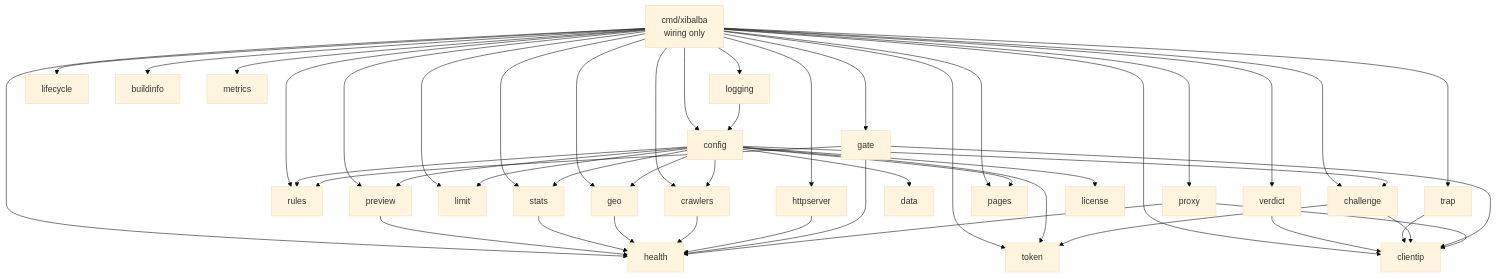
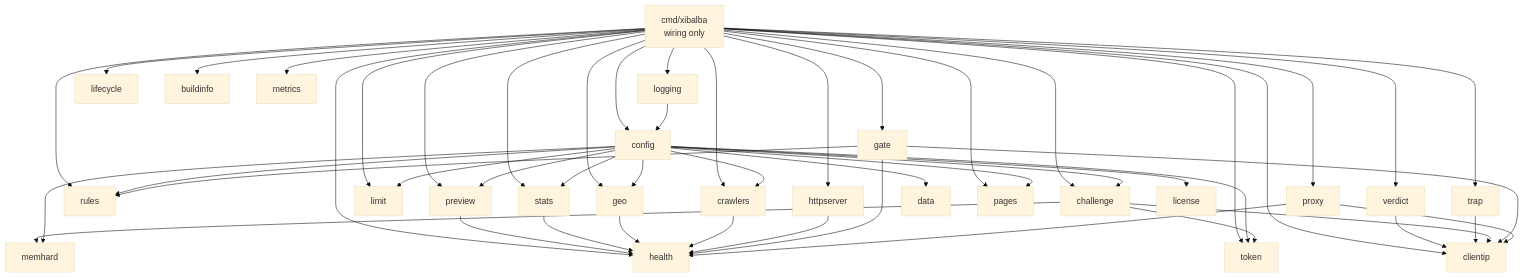
The first of 2 diagrams in docs/ARCHITECTURE.md (MaMoja/xibalba), drawn with Mermaid (base theme) before and after one commit. The commit also changed other lines of this file and 32 other files, not shown here.

````diff
--- a/docs/ARCHITECTURE.md
+++ b/docs/ARCHITECTURE.md
@@ -26,50 +26,52 @@
 ```mermaid
 flowchart TD
     main[cmd/xibalba<br>wiring only] --> config
     main --> logging
     main --> lifecycle
     main --> health
     main --> httpserver
     main --> buildinfo
     main --> clientip
     main --> rules
     main --> crawlers
     main --> limit
     main --> trap
     main --> metrics
     main --> preview
+    challenge --> memhard
+    config --> memhard
     main --> verdict
     verdict --> clientip
     preview --> health
     config --> preview
     main --> stats
     config --> stats
     stats --> health
     main --> geo
     config --> geo
     geo --> health
     trap --> clientip
     config --> limit
     config --> crawlers
     config --> data
     crawlers --> health
     main --> token
     main --> challenge
     main --> gate
     main --> pages
     main --> proxy
     logging --> config
     config --> rules
     httpserver --> health
     config --> license
     config --> pages
     config --> challenge
     config --> token
     challenge --> token
     challenge --> clientip
     gate --> rules
     gate --> clientip
     gate --> health
     proxy --> health
     proxy --> clientip
 ```
````
